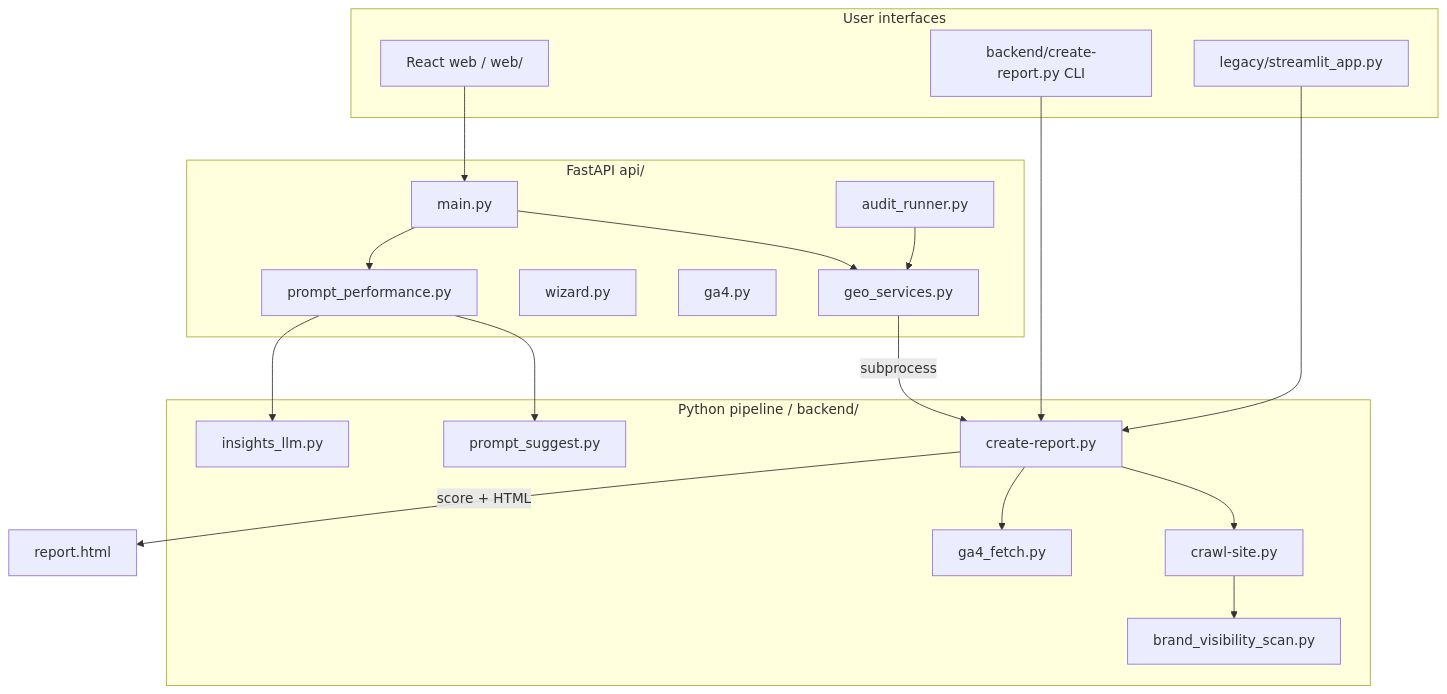
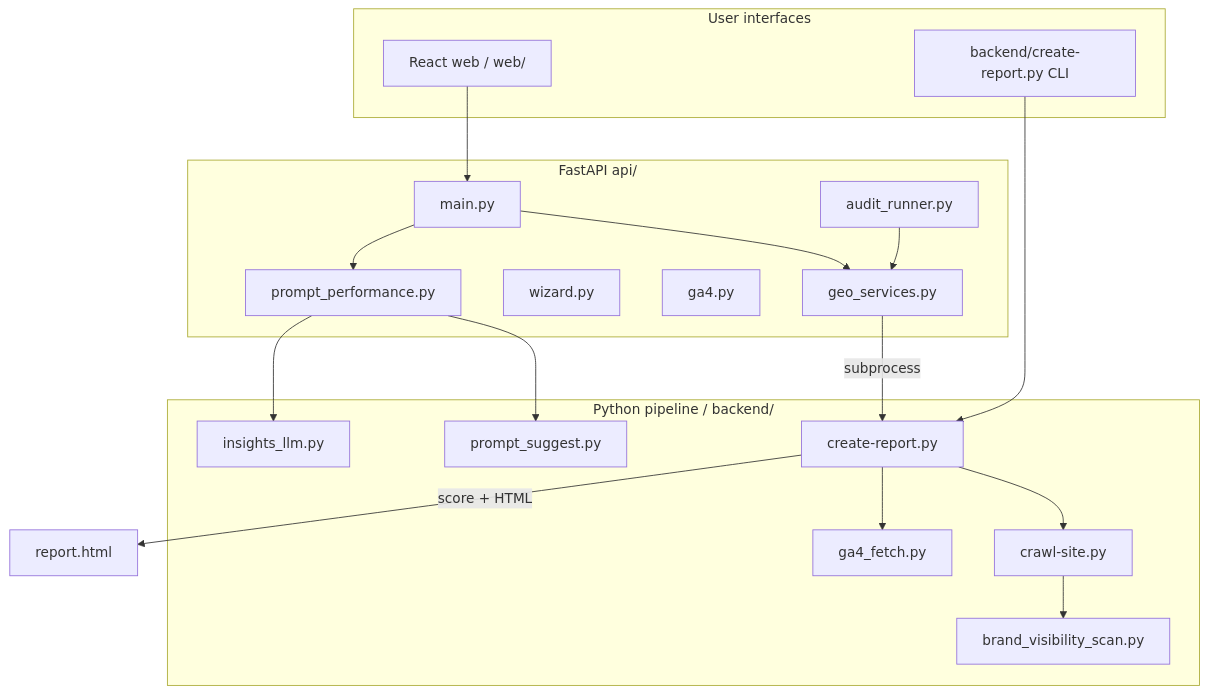
One commit to MightyHive/geo-tool changed the diagram in docs/ARCHITECTURE.md. Above: the diagram before and after it, drawn with Mermaid. The commit also changed other lines of this file and 54 other files, not shown here.

First line of the commit message:
Remove Streamlit legacy UI and scrub client-specific sample data.

````diff
--- a/docs/ARCHITECTURE.md
+++ b/docs/ARCHITECTURE.md
@@ -9,40 +9,38 @@
 ```mermaid
 flowchart TB
   subgraph ui [User interfaces]
     Web[React web / web/]
     CLI[backend/create-report.py CLI]
-    ST[legacy/streamlit_app.py]
   end
 
   subgraph api [FastAPI api/]
     Main[main.py]
     Geo[geo_services.py]
     Runner[audit_runner.py]
     Wizard[wizard.py]
     GA4[ga4.py]
     Probes[prompt_performance.py]
   end
 
   subgraph core [Python pipeline / backend/]
     CR[create-report.py]
     Crawl[crawl-site.py]
     GA4F[ga4_fetch.py]
     Brand[brand_visibility_scan.py]
     Prompt[prompt_suggest.py]
     Insights[insights_llm.py]
   end
 
   Web --> Main
-  ST --> CR
   CLI --> CR
   Main --> Geo
   Geo -->|subprocess| CR
   Runner --> Geo
   CR --> Crawl
   CR --> GA4F
   Crawl --> Brand
   Main --> Probes
   Probes --> Prompt
   Probes --> Insights
   CR -->|score + HTML| Report[report.html]
 ```
````
